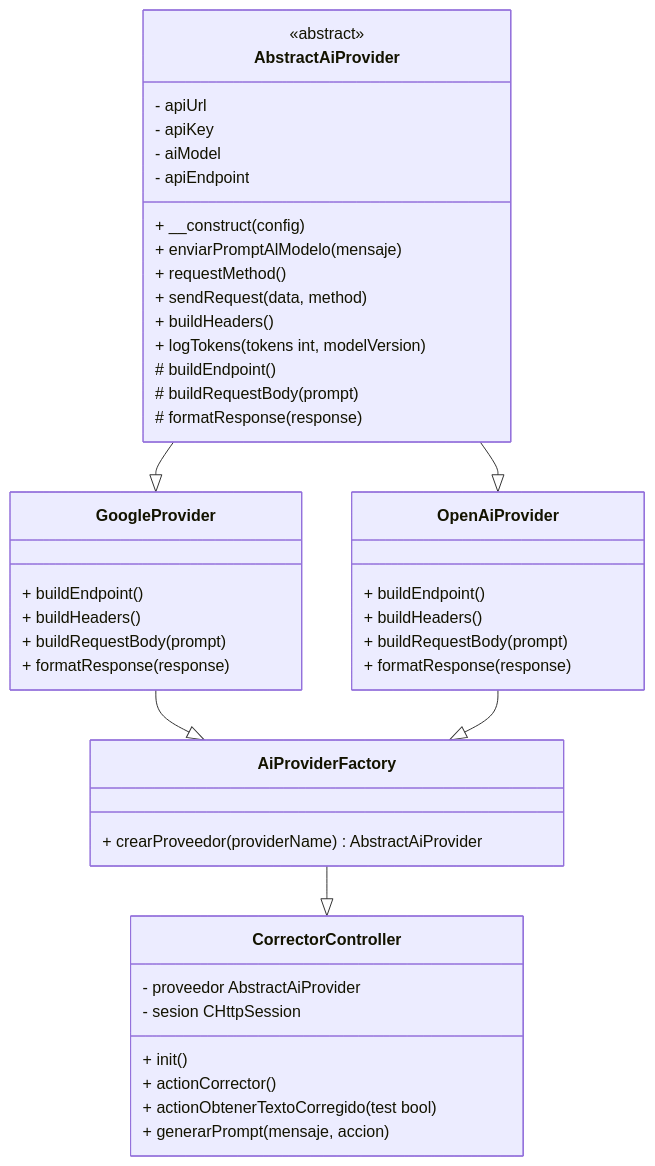
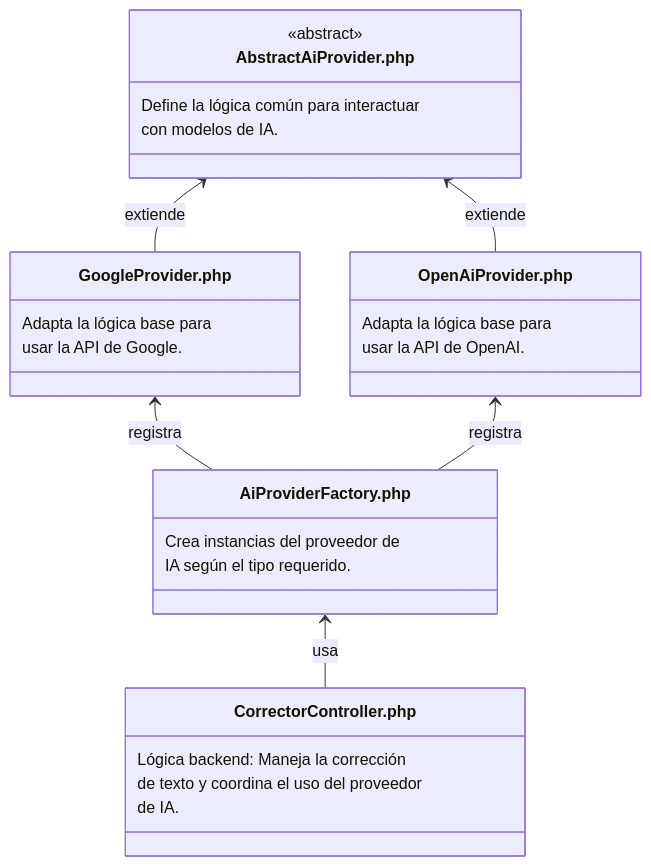
One commit to SaanRM/notas-sintecto changed the first of 3 diagrams in docs/IA/Proyectos/CorrectorDeTexto.md. Above: the diagram before and after it, drawn with Mermaid. The commit also changed other lines of this file and 1 other file, not shown here.

Commit message:
documentación del corrector de texto con diagramas

````diff
--- a/docs/IA/Proyectos/CorrectorDeTexto.md
+++ b/docs/IA/Proyectos/CorrectorDeTexto.md
@@ -8,62 +16,42 @@
 ```mermaid
 
 classDiagram
     direction TB
 
     %% Clase abstracta base
-    class AbstractAiProvider {
+    class AbstractAiProvider.php {
         <<abstract>>
-        - apiUrl
-        - apiKey
-        - aiModel
-        - apiEndpoint
-        + __construct(config)
-        + enviarPromptAlModelo(mensaje)
-        + requestMethod()
-        + sendRequest(data, method)
-        + buildHeaders()
-        + logTokens(tokens int, modelVersion) 
-        # buildEndpoint()
-        # buildRequestBody(prompt)
-        # formatResponse(response)
+        Define la lógica común para interactuar
+        con modelos de IA.
+    }
+    AbstractAiProvider.php <-- GoogleProvider.php : extiende
+    AbstractAiProvider.php <-- OpenAiProvider.php : extiende
+
+    %% Proveedores concretos
+    class GoogleProvider.php {
+        Adapta la lógica base para 
+        usar la API de Google.
+    }
+    class OpenAiProvider.php {
+        Adapta la lógica base para 
+        usar la API de OpenAI.
     }
 
-    AbstractAiProvider --|> GoogleProvider
-    AbstractAiProvider --|> OpenAiProvider
-
-    %% Proveedores concretos
-    class GoogleProvider {
-        + buildEndpoint()
-        + buildHeaders()
-        + buildRequestBody(prompt)
-        + formatResponse(response)
-    }
-
-    class OpenAiProvider {
-        + buildEndpoint()
-        + buildHeaders()
-        + buildRequestBody(prompt)
-        + formatResponse(response)
-    }
-
-    GoogleProvider --|> AiProviderFactory
-    OpenAiProvider --|> AiProviderFactory
+    GoogleProvider.php <-- AiProviderFactory.php : registra
+    OpenAiProvider.php <-- AiProviderFactory.php : registra
 
     %% Fábrica de proveedores
-    class AiProviderFactory {
-        + crearProveedor(providerName) AbstractAiProvider
+    class AiProviderFactory.php {
+        Crea instancias del proveedor de 
+        IA según el tipo requerido.
     }
+    AiProviderFactory.php <-- CorrectorController.php : usa
 
-    AiProviderFactory --|> CorrectorController
-
-    %% Controlador de corrección
-    class CorrectorController {
-        - proveedor AbstractAiProvider
-        - sesion CHttpSession
-        + init() 
-        + actionCorrector() 
-        + actionObtenerTextoCorregido(test bool) 
-        + generarPrompt(mensaje, accion)
+    %% Controller de corrección
+    class CorrectorController.php {
+        Lógica backend:  Maneja la corrección 
+        de texto y coordina el uso del proveedor 
+        de IA.
     }
 
 ```
````
